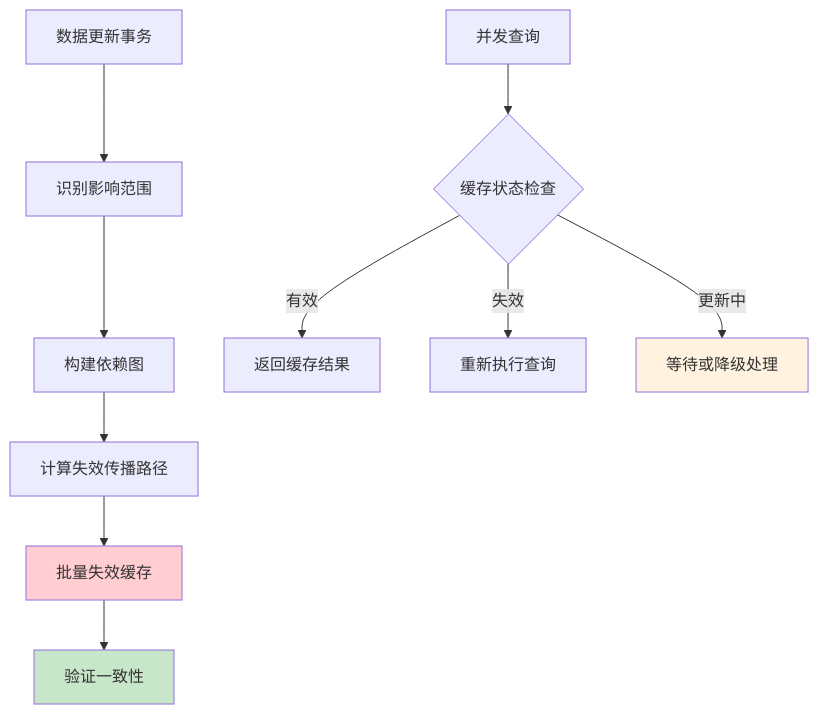
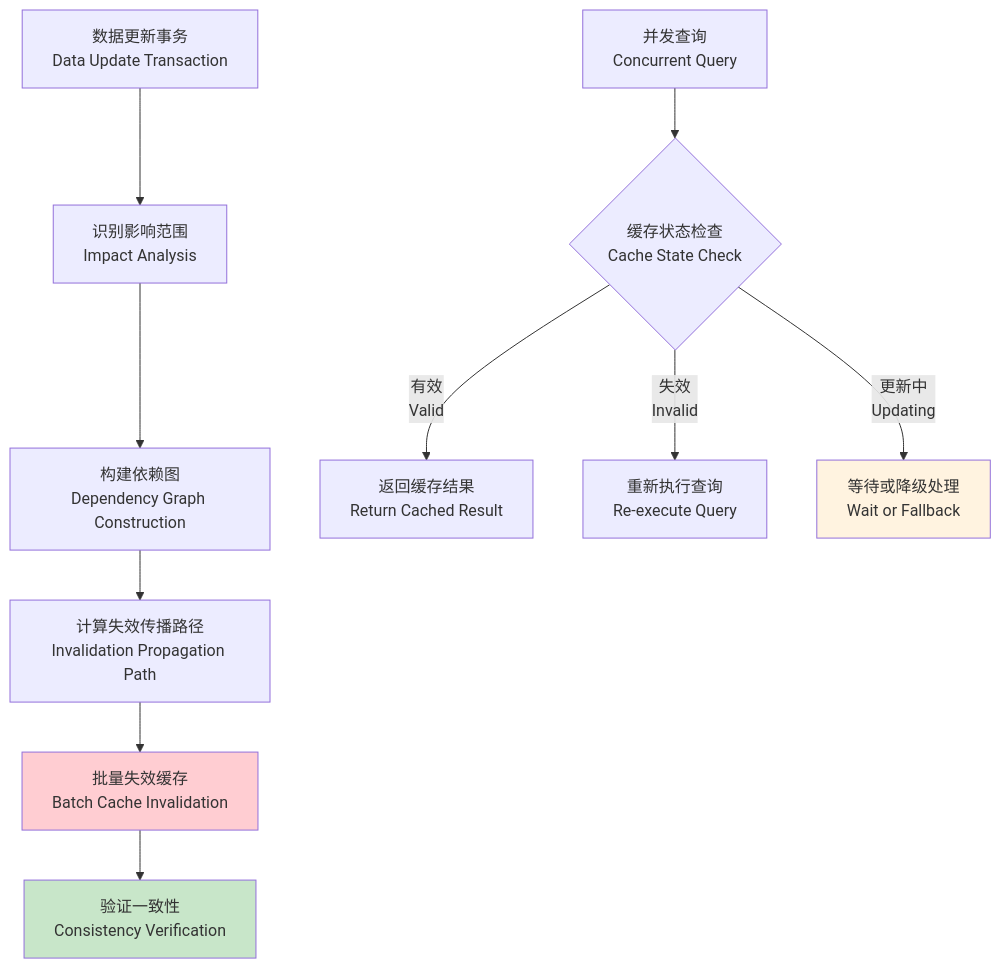
The first of 5 diagrams in md/第四章-动态缓存更新技术与持久化技术.md (crazypenguincode/duckdb), drawn with Mermaid before and after one commit. The commit also changed other lines of this file and 361 other files, not shown here.

````diff
--- a/md/第四章-动态缓存更新技术与持久化技术.md
+++ b/md/第四章-动态缓存更新技术与持久化技术.md
@@ -17,17 +28,17 @@
 ```mermaid
 graph TD
-    A[数据更新事务] --> B[识别影响范围]
-    B --> C[构建依赖图]
-    C --> D[计算失效传播路径]
-    D --> E[批量失效缓存]
-    E --> F[验证一致性]
+    A[数据更新事务<br/>Data Update Transaction] --> B[识别影响范围<br/>Impact Analysis]
+    B --> C[构建依赖图<br/>Dependency Graph Construction]
+    C --> D[计算失效传播路径<br/>Invalidation Propagation Path]
+    D --> E[批量失效缓存<br/>Batch Cache Invalidation]
+    E --> F[验证一致性<br/>Consistency Verification]
     
-    G[并发查询] --> H{缓存状态检查}
-    H --> |有效| I[返回缓存结果]
-    H --> |失效| J[重新执行查询]
-    H --> |更新中| K[等待或降级处理]
+    G[并发查询<br/>Concurrent Query] --> H{缓存状态检查<br/>Cache State Check}
+    H --> |有效<br/>Valid| I[返回缓存结果<br/>Return Cached Result]
+    H --> |失效<br/>Invalid| J[重新执行查询<br/>Re-execute Query]
+    H --> |更新中<br/>Updating| K[等待或降级处理<br/>Wait or Fallback]
     
     style E fill:#ffcdd2
     style F fill:#c8e6c9
     style K fill:#fff3e0
 ```
````
